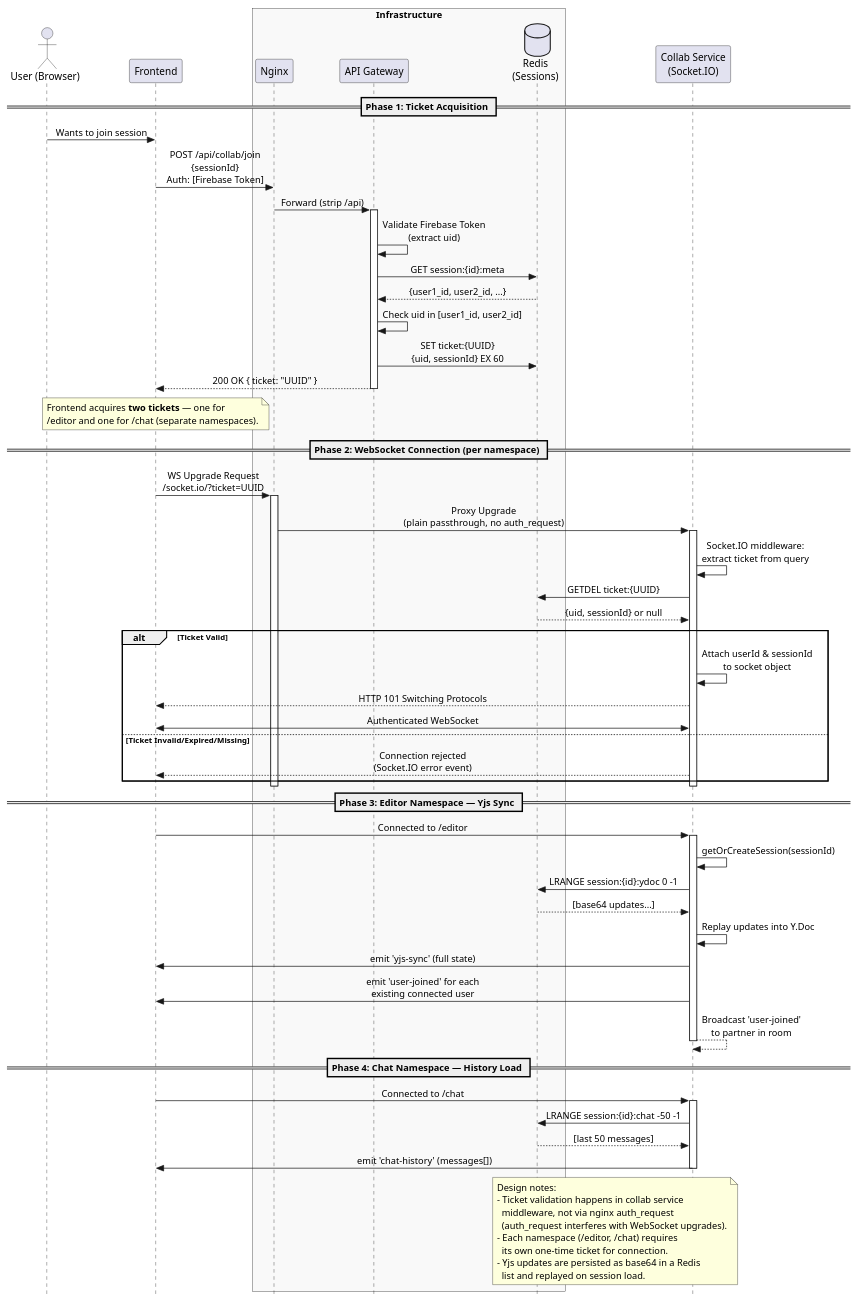
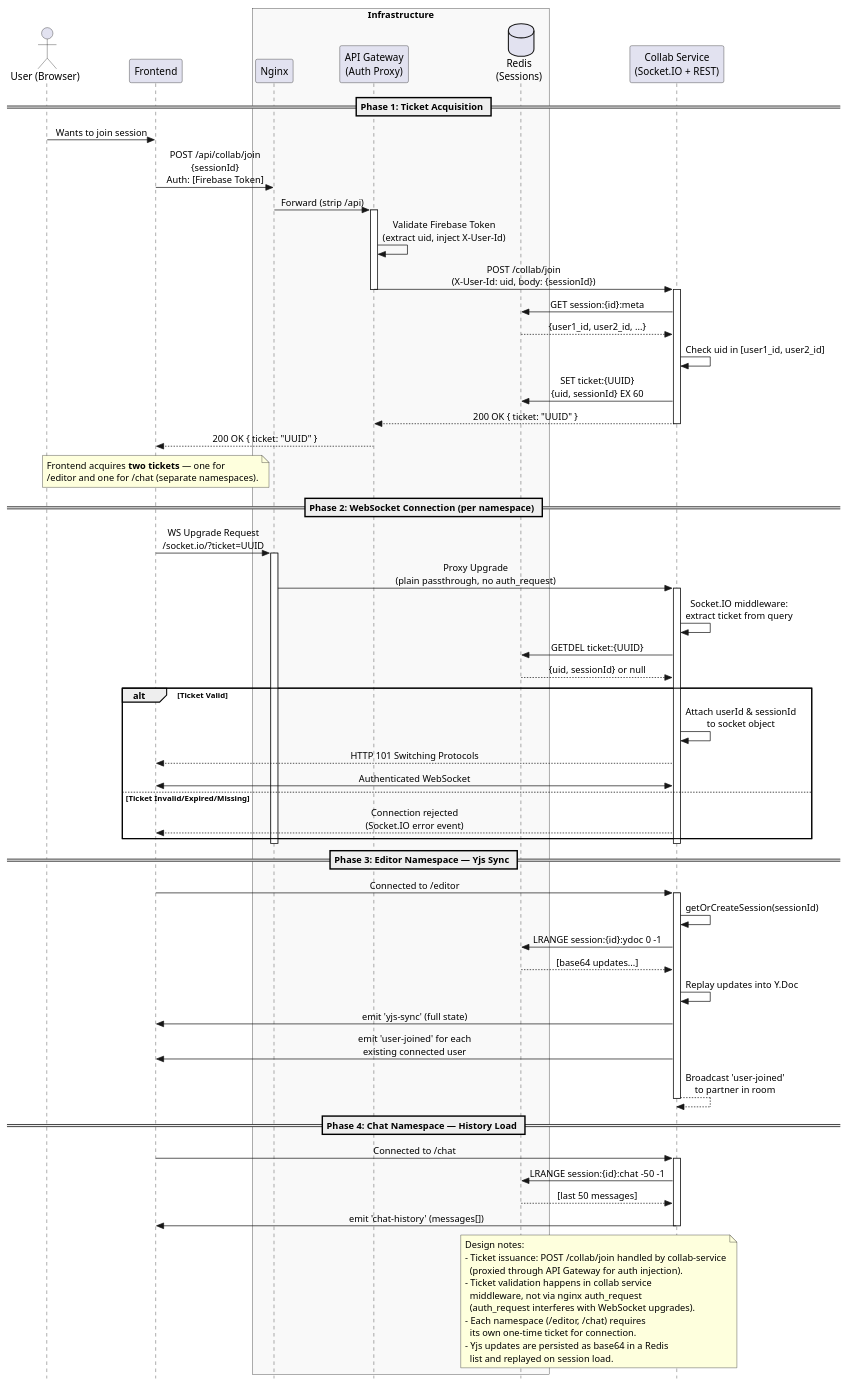
The diagram in docs/plantUML/collab.puml (CS3219-AY2526S2/peerprep-g18), drawn with PlantUML before and after one commit. The commit also changed 12 other files, not shown here.

Commit message:
Refactor API gateway to keep it lean

```diff
--- a/docs/plantUML/collab.puml
+++ b/docs/plantUML/collab.puml
@@ -1,89 +1,95 @@
 @startuml
 skinparam style strictuml
 skinparam sequenceMessageAlign center
 
 actor "User (Browser)" as User
 participant "Frontend" as FE
 box "Infrastructure" #f9f9f9
     participant "Nginx" as Nginx
-    participant "API Gateway" as GW
+    participant "API Gateway\n(Auth Proxy)" as GW
     database "Redis\n(Sessions)" as Redis
 end box
-participant "Collab Service\n(Socket.IO)" as Collab
+participant "Collab Service\n(Socket.IO + REST)" as Collab
 
 == Phase 1: Ticket Acquisition ==
 
 User -> FE: Wants to join session
 FE -> Nginx: POST /api/collab/join\n{sessionId}\nAuth: [Firebase Token]
 Nginx -> GW: Forward (strip /api)
 activate GW
-GW -> GW: Validate Firebase Token\n(extract uid)
-GW -> Redis: GET session:{id}:meta
-Redis --> GW: {user1_id, user2_id, ...}
-GW -> GW: Check uid in [user1_id, user2_id]
-GW -> Redis: SET ticket:{UUID}\n{uid, sessionId} EX 60
+GW -> GW: Validate Firebase Token\n(extract uid, inject X-User-Id)
+GW -> Collab: POST /collab/join\n(X-User-Id: uid, body: {sessionId})
+deactivate GW
+activate Collab
+Collab -> Redis: GET session:{id}:meta
+Redis --> Collab: {user1_id, user2_id, ...}
+Collab -> Collab: Check uid in [user1_id, user2_id]
+Collab -> Redis: SET ticket:{UUID}\n{uid, sessionId} EX 60
+Collab --> GW: 200 OK { ticket: "UUID" }
+deactivate Collab
 GW --> FE: 200 OK { ticket: "UUID" }
-deactivate GW
 
 note over FE
   Frontend acquires **two tickets** — one for
   /editor and one for /chat (separate namespaces).
 end note
 
 == Phase 2: WebSocket Connection (per namespace) ==
 
 FE -> Nginx: WS Upgrade Request\n/socket.io/?ticket=UUID
 activate Nginx
 Nginx -> Collab: Proxy Upgrade\n(plain passthrough, no auth_request)
 activate Collab
 
 Collab -> Collab: Socket.IO middleware:\nextract ticket from query
 
 Collab -> Redis: GETDEL ticket:{UUID}
 Redis --> Collab: {uid, sessionId} or null
 
 alt Ticket Valid
     Collab -> Collab: Attach userId & sessionId\nto socket object
     Collab --> FE: HTTP 101 Switching Protocols
     FE <-> Collab: Authenticated WebSocket
 else Ticket Invalid/Expired/Missing
     Collab --> FE: Connection rejected\n(Socket.IO error event)
 end
 
 deactivate Collab
 deactivate Nginx
 
 == Phase 3: Editor Namespace — Yjs Sync ==
 
 FE -> Collab: Connected to /editor
 activate Collab
 Collab -> Collab: getOrCreateSession(sessionId)
 Collab -> Redis: LRANGE session:{id}:ydoc 0 -1
 Redis --> Collab: [base64 updates...]
 Collab -> Collab: Replay updates into Y.Doc
 Collab -> FE: emit 'yjs-sync' (full state)
 Collab -> FE: emit 'user-joined' for each\nexisting connected user
 Collab --> Collab: Broadcast 'user-joined'\nto partner in room
 deactivate Collab
 
 == Phase 4: Chat Namespace — History Load ==
 
 FE -> Collab: Connected to /chat
 activate Collab
 Collab -> Redis: LRANGE session:{id}:chat -50 -1
 Redis --> Collab: [last 50 messages]
 Collab -> FE: emit 'chat-history' (messages[])
 deactivate Collab
 
 note over Collab, Redis
   Design notes:
+  - Ticket issuance: POST /collab/join handled by collab-service
+    (proxied through API Gateway for auth injection).
   - Ticket validation happens in collab service
     middleware, not via nginx auth_request
     (auth_request interferes with WebSocket upgrades).
   - Each namespace (/editor, /chat) requires
     its own one-time ticket for connection.
   - Yjs updates are persisted as base64 in a Redis
     list and replayed on session load.
 end note
 
 @enduml
```
